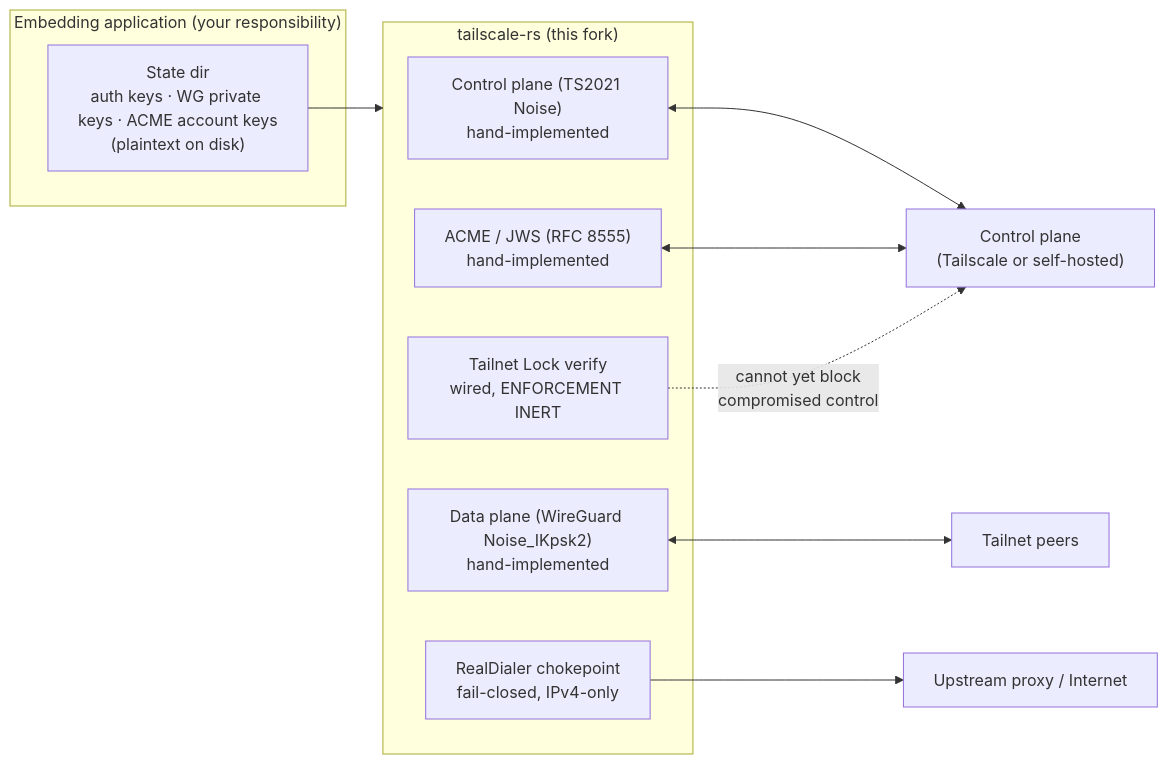
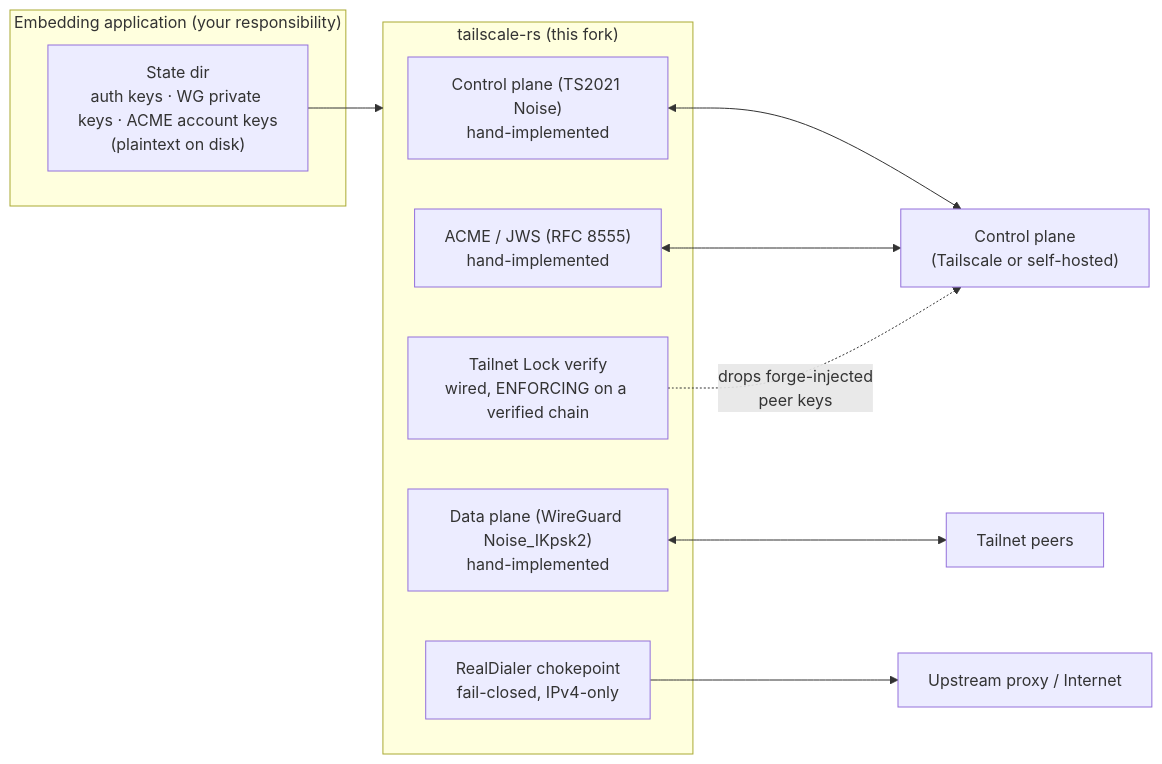
One commit to GeiserX/tailscale-rs changed the diagram in SECURITY.md. Above: the diagram before and after it, drawn with Mermaid. The commit also changed other lines of this file and 5 other files, not shown here.

First line of the commit message:
feat(tka): enforce Tailnet Lock at the peer-trust chokepoint (#176)

````diff
--- a/SECURITY.md
+++ b/SECURITY.md
@@ -16,25 +16,25 @@
 ```mermaid
 flowchart LR
     subgraph Embedder["Embedding application (your responsibility)"]
         State["State dir<br/>auth keys · WG private keys · ACME account keys<br/>(plaintext on disk)"]
     end
 
     subgraph Lib["tailscale-rs (this fork)"]
         CtrlNoise["Control plane (TS2021 Noise)<br/>hand-implemented"]
         DataNoise["Data plane (WireGuard Noise_IKpsk2)<br/>hand-implemented"]
         Acme["ACME / JWS (RFC 8555)<br/>hand-implemented"]
-        TKA["Tailnet Lock verify<br/>wired, ENFORCEMENT INERT"]
+        TKA["Tailnet Lock verify<br/>wired, ENFORCING on a verified chain"]
         Dialer["RealDialer chokepoint<br/>fail-closed, IPv4-only"]
     end
 
     Control["Control plane<br/>(Tailscale or self-hosted)"]
     Peers["Tailnet peers"]
     Upstream["Upstream proxy / Internet"]
 
     State --> Lib
     CtrlNoise <--> Control
     DataNoise <--> Peers
     Acme <--> Control
-    TKA -. "cannot yet block<br/>compromised control" .-> Control
+    TKA -. "drops forge-injected<br/>peer keys" .-> Control
     Dialer --> Upstream
 ```
````
